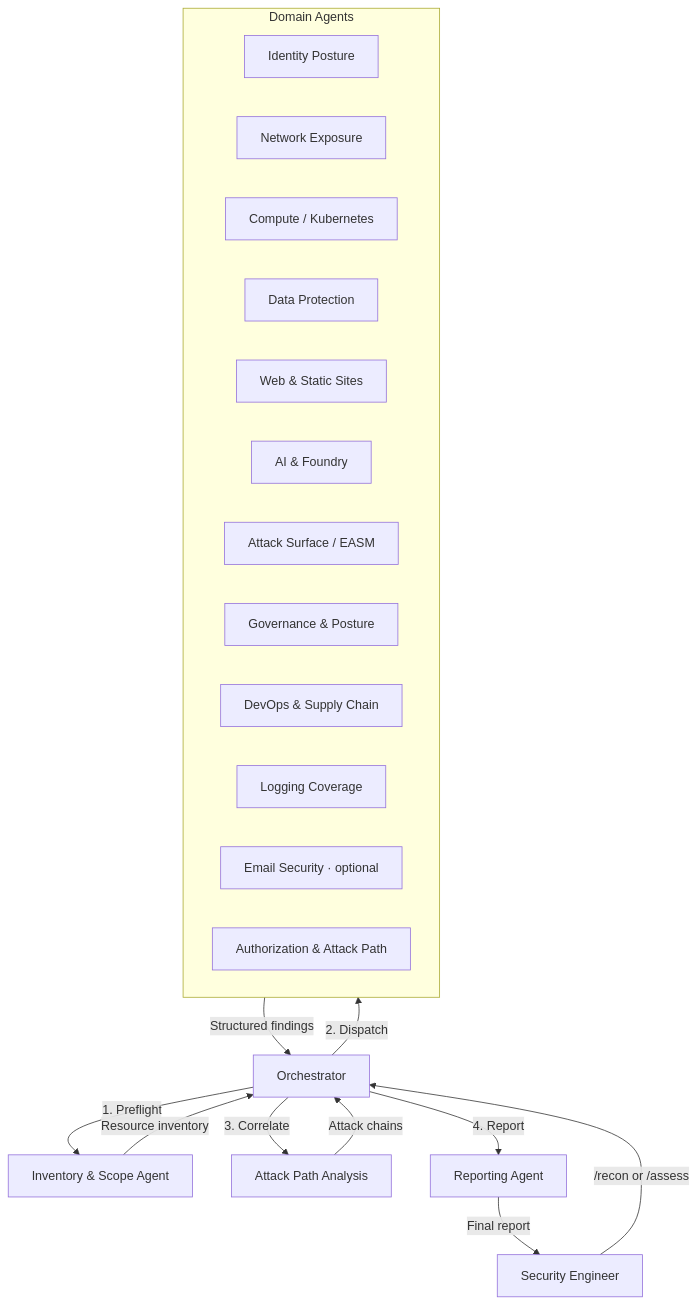
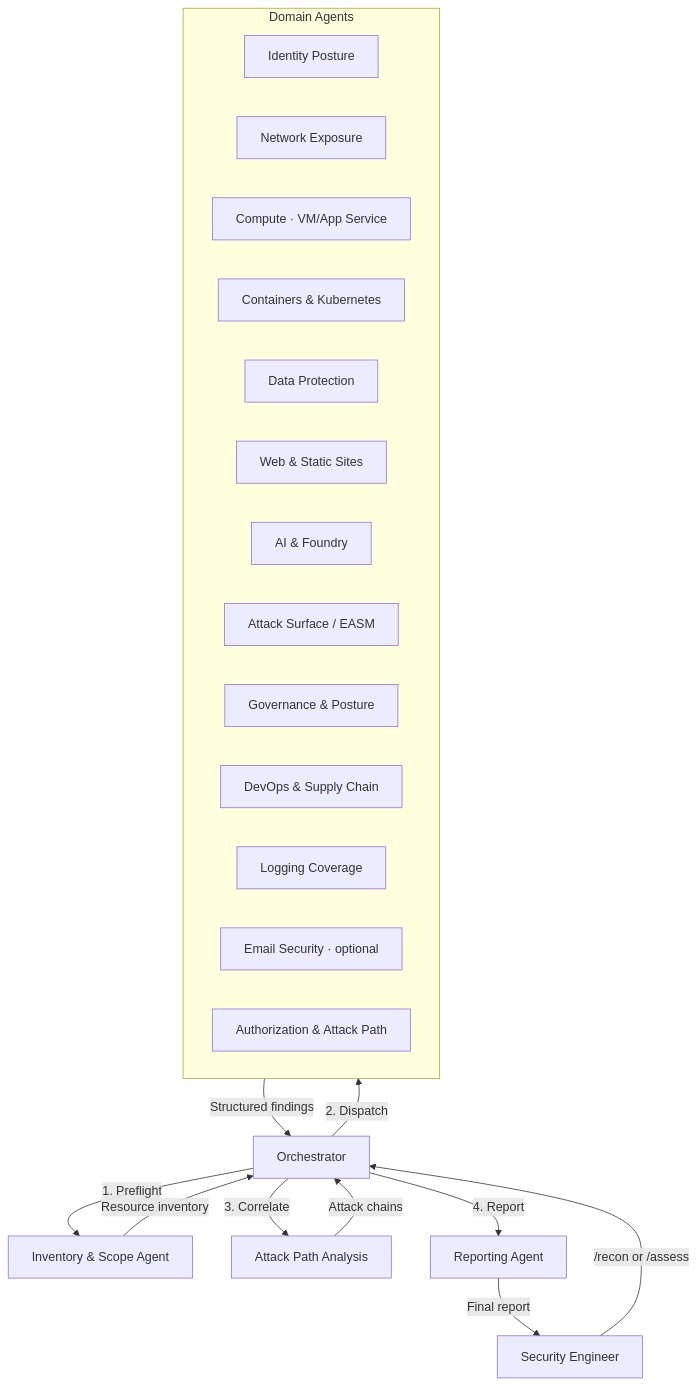
Before and after one commit to Contoso-State/red-team-agent-orchestration: the diagram in doc/agent-team.md, drawn with Mermaid. The commit also changed other lines of this file and 100 other files, not shown here.

````diff
--- a/doc/agent-team.md
+++ b/doc/agent-team.md
@@ -51,28 +65,29 @@
 ```{mermaid}
 graph TD
     User[Security Engineer] -->|/recon or /assess| Orchestrator
     Orchestrator -->|1. Preflight| Preflight[Inventory & Scope Agent]
     Preflight -->|Resource inventory| Orchestrator
     Orchestrator -->|2. Dispatch| Agents
 
     subgraph Agents[Domain Agents]
         ID[Identity Posture]
         NET[Network Exposure]
-        COMP[Compute / Kubernetes]
+        COMP[Compute · VM/App Service]
+        CNTR[Containers & Kubernetes]
         DATA[Data Protection]
         WEB[Web & Static Sites]
         AI[AI & Foundry]
         EASM[Attack Surface / EASM]
         GOV[Governance & Posture]
         SUP[DevOps & Supply Chain]
         LOG[Logging Coverage]
         MAIL[Email Security · optional]
         AUTH[Authorization & Attack Path]
     end
 
     Agents -->|Structured findings| Orchestrator
     Orchestrator -->|3. Correlate| APA[Attack Path Analysis]
     APA -->|Attack chains| Orchestrator
     Orchestrator -->|4. Report| Reporter[Reporting Agent]
     Reporter -->|Final report| User
 ```
````
